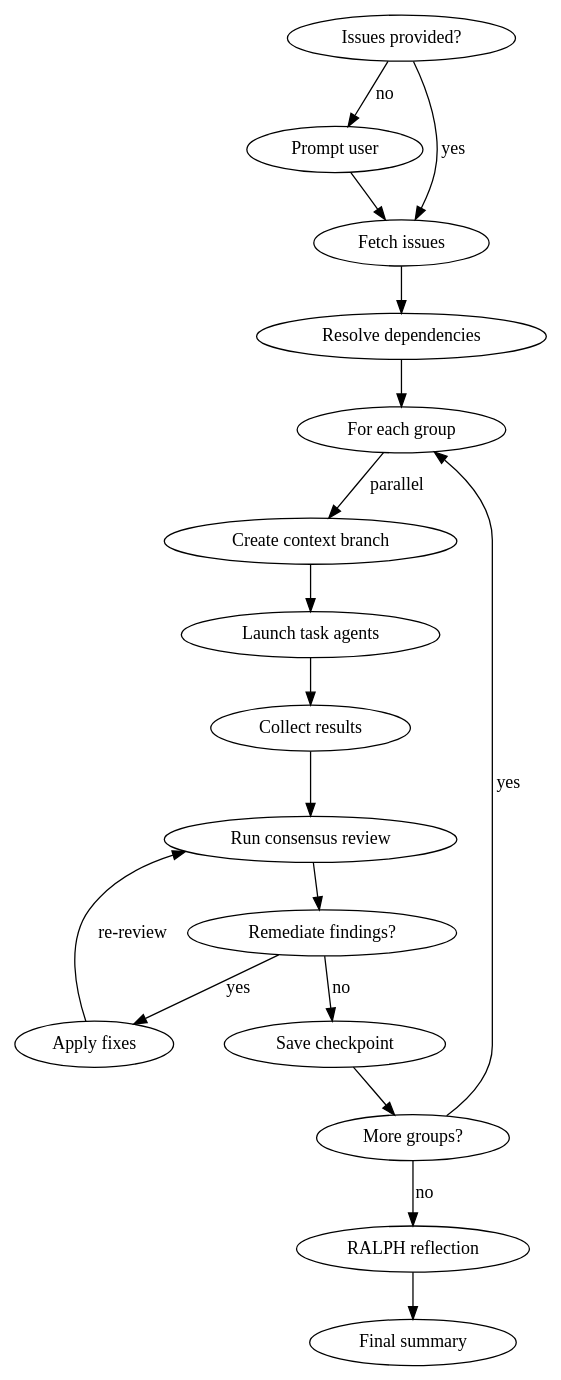
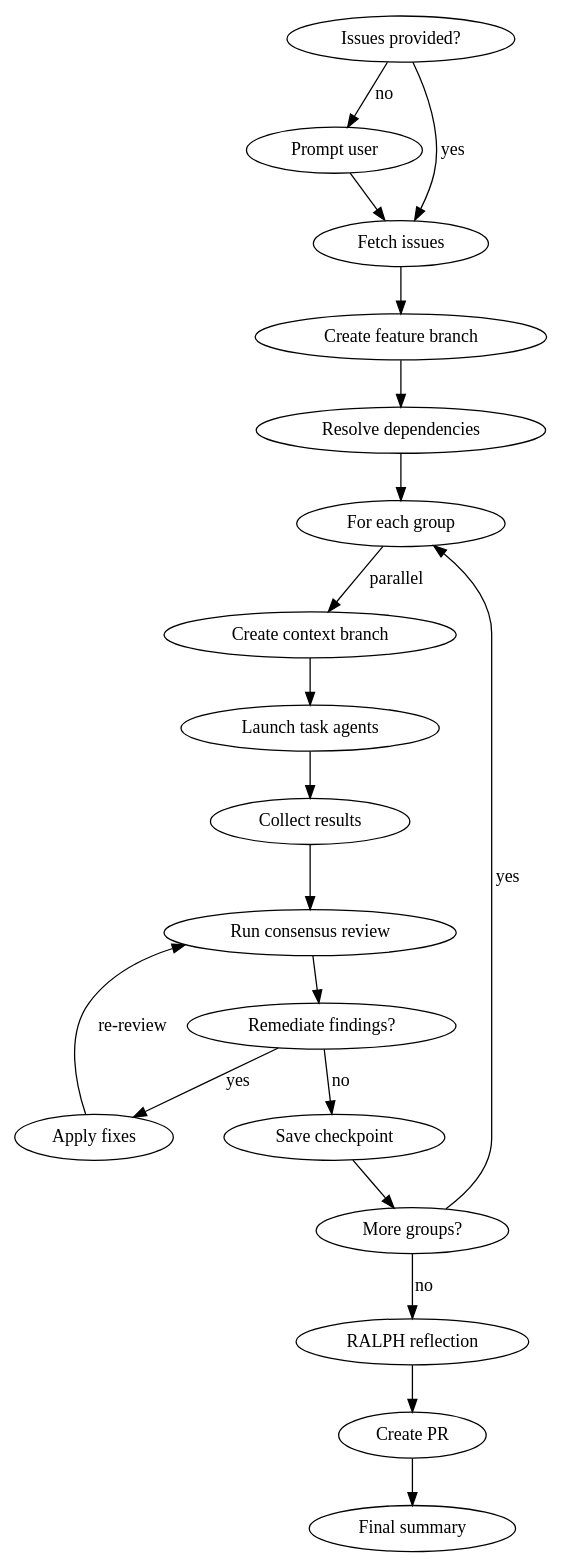
The diagram in plugins/contextd/skills/orchestration/SKILL.md (fyrsmithlabs/marketplace), drawn with Graphviz before and after one commit. The commit also changed other lines of this file and 18 other files, not shown here.

````diff
--- a/plugins/contextd/skills/orchestration/SKILL.md
+++ b/plugins/contextd/skills/orchestration/SKILL.md
@@ -26,21 +36,23 @@
 ```dot
 digraph orchestration {
     "Issues provided?" -> "Prompt user" [label="no"];
     "Issues provided?" -> "Fetch issues" [label="yes"];
     "Prompt user" -> "Fetch issues";
-    "Fetch issues" -> "Resolve dependencies";
+    "Fetch issues" -> "Create feature branch";
+    "Create feature branch" -> "Resolve dependencies";
     "Resolve dependencies" -> "For each group";
     "For each group" -> "Create context branch" [label="parallel"];
     "Create context branch" -> "Launch task agents";
     "Launch task agents" -> "Collect results";
     "Collect results" -> "Run consensus review";
     "Run consensus review" -> "Remediate findings?" [shape=diamond];
     "Remediate findings?" -> "Apply fixes" [label="yes"];
     "Remediate findings?" -> "Save checkpoint" [label="no"];
     "Apply fixes" -> "Run consensus review" [label="re-review"];
     "Save checkpoint" -> "More groups?" [shape=diamond];
     "More groups?" -> "For each group" [label="yes"];
     "More groups?" -> "RALPH reflection" [label="no"];
-    "RALPH reflection" -> "Final summary";
+    "RALPH reflection" -> "Create PR";
+    "Create PR" -> "Final summary";
 }
 ```
````
